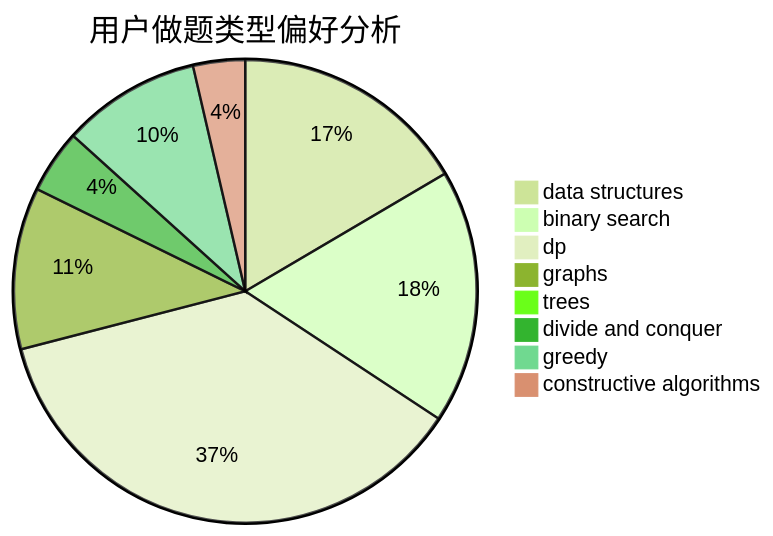
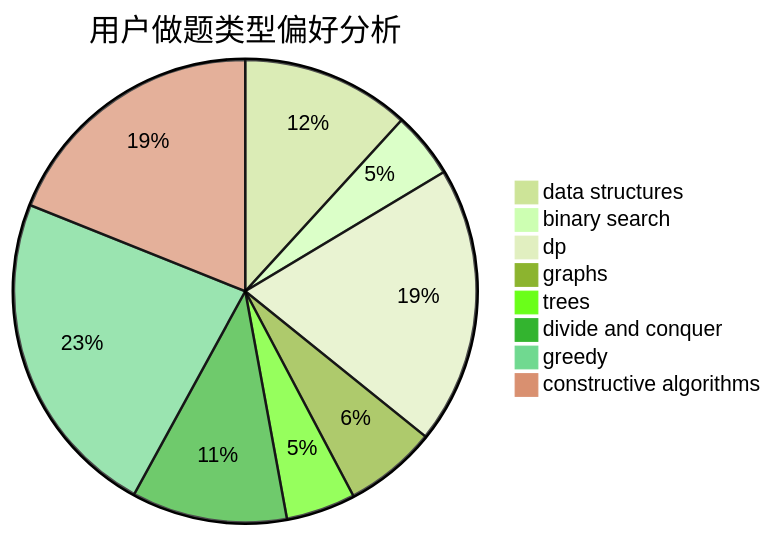
One commit to sherpahu/cfrs.github.io changed the second of 3 diagrams in docs/user/u1588.md. Above: the diagram before and after it, drawn with Mermaid (forest theme). The commit also changed other lines of this file and 2770 other files, not shown here.

````diff
--- a/docs/user/u1588.md
+++ b/docs/user/u1588.md
@@ -23,11 +23,11 @@
 ```mermaid
 pie title 用户做题类型偏好分析
-    "data structures" :  41
-    "binary search" :  44
-    "dp" :  91
+    "data structures" :  51
+    "binary search" :  20
+    "dp" :  84
     "graphs" :  28
-    "trees" :  0
-    "divide and conquer" :  11
-    "greedy" :  24
-    "constructive algorithms" :  9
+    "trees" :  21
+    "divide and conquer" :  47
+    "greedy" :  100
+    "constructive algorithms" :  82
 ```
````
